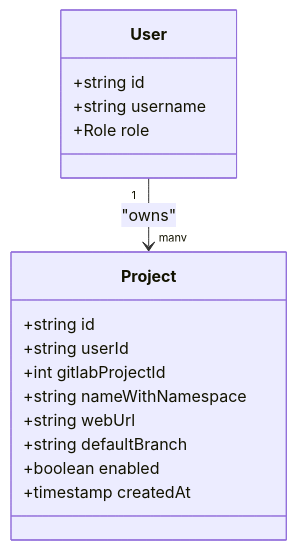
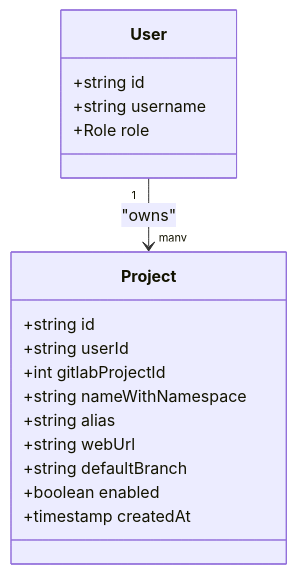
The fifth of 10 diagrams in .qoder/repowiki/en/content/Database Design/Database Design.md (jrj444/git-daily), drawn with Mermaid before and after one commit. The commit also changed other lines of this file and 26 other files, not shown here.

````diff
--- a/.qoder/repowiki/en/content/Database Design/Database Design.md
+++ b/.qoder/repowiki/en/content/Database Design/Database Design.md
@@ -254,19 +277,20 @@
 ```mermaid
 classDiagram
 class User {
 +string id
 +string username
 +Role role
 }
 class Project {
 +string id
 +string userId
 +int gitlabProjectId
 +string nameWithNamespace
++string alias
 +string webUrl
 +string defaultBranch
 +boolean enabled
 +timestamp createdAt
 }
 User "1" --> "many" Project : "owns"
 ```
````
